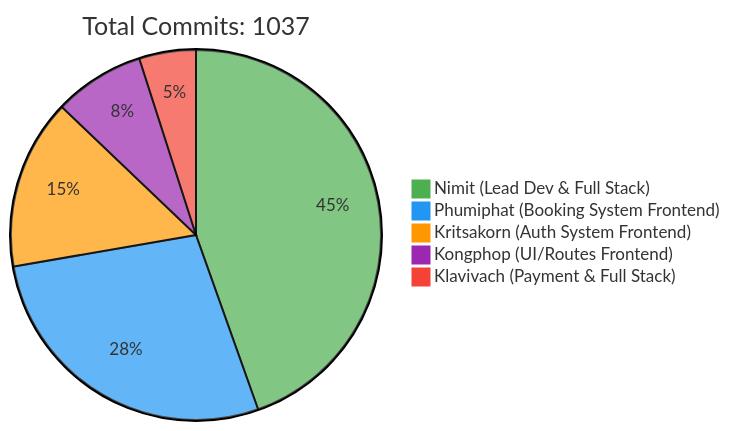
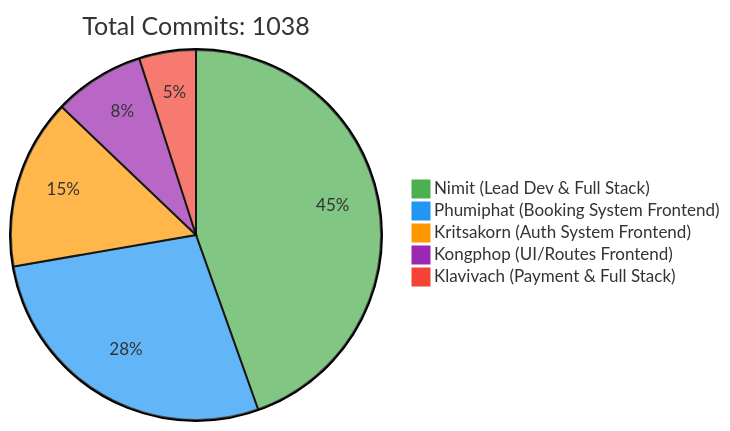
One commit to 6531503042/Sport-Complex changed the first of 2 diagrams in README.md. Above: the diagram before and after it, drawn with Mermaid. The commit also changed other lines of this file, not shown here.

Commit message:
docs: Update contributor statistics [skip ci]

````diff
--- a/README.md
+++ b/README.md
@@ -240,10 +240,10 @@
 ```mermaid
 %%{init: {'theme': 'base', 'themeVariables': { 'pie1': '#4CAF50', 'pie2': '#2196F3', 'pie3': '#FF9800', 'pie4': '#9C27B0', 'pie5': '#F44336'}}}%%
 pie
-    title Total Commits: 1037
+    title Total Commits: 1038
     "Nimit (Lead Dev & Full Stack)" : 450
     "Phumiphat (Booking System Frontend)" : 280
     "Kritsakorn (Auth System Frontend)" : 150
     "Kongphop (UI/Routes Frontend)" : 80
     "Klavivach (Payment & Full Stack)" : 50
 ```
````
